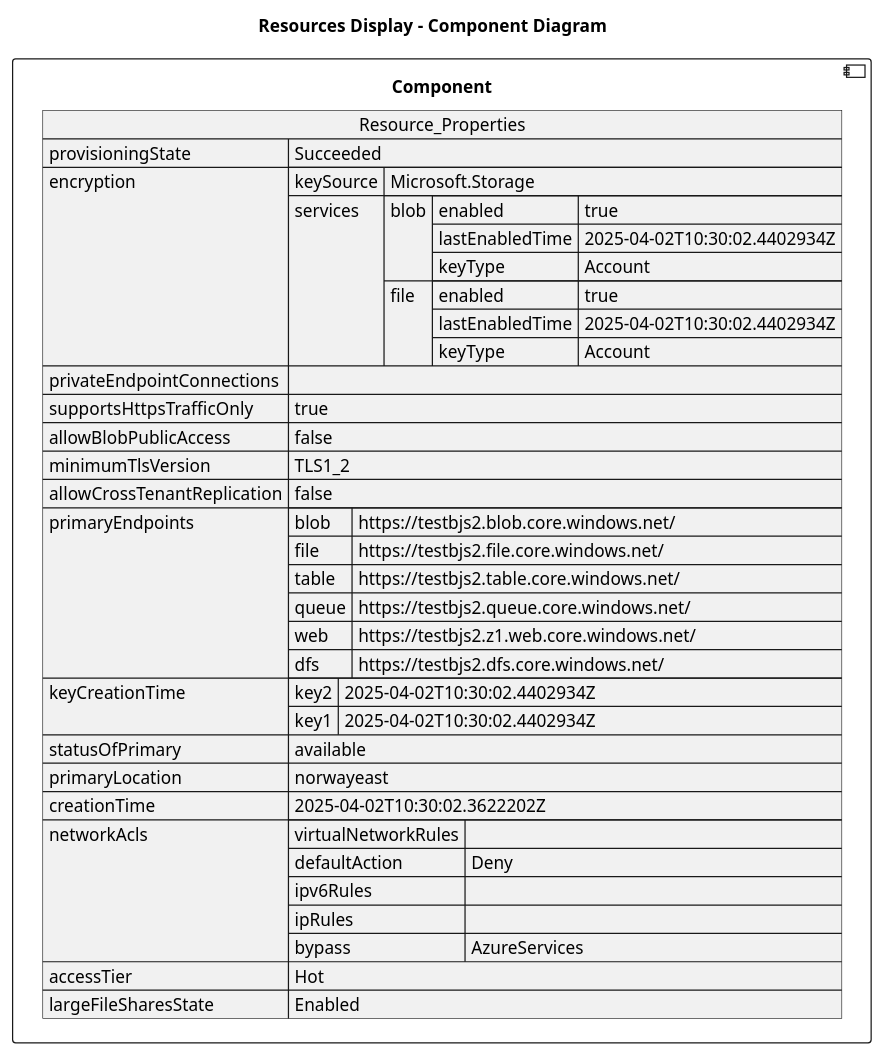
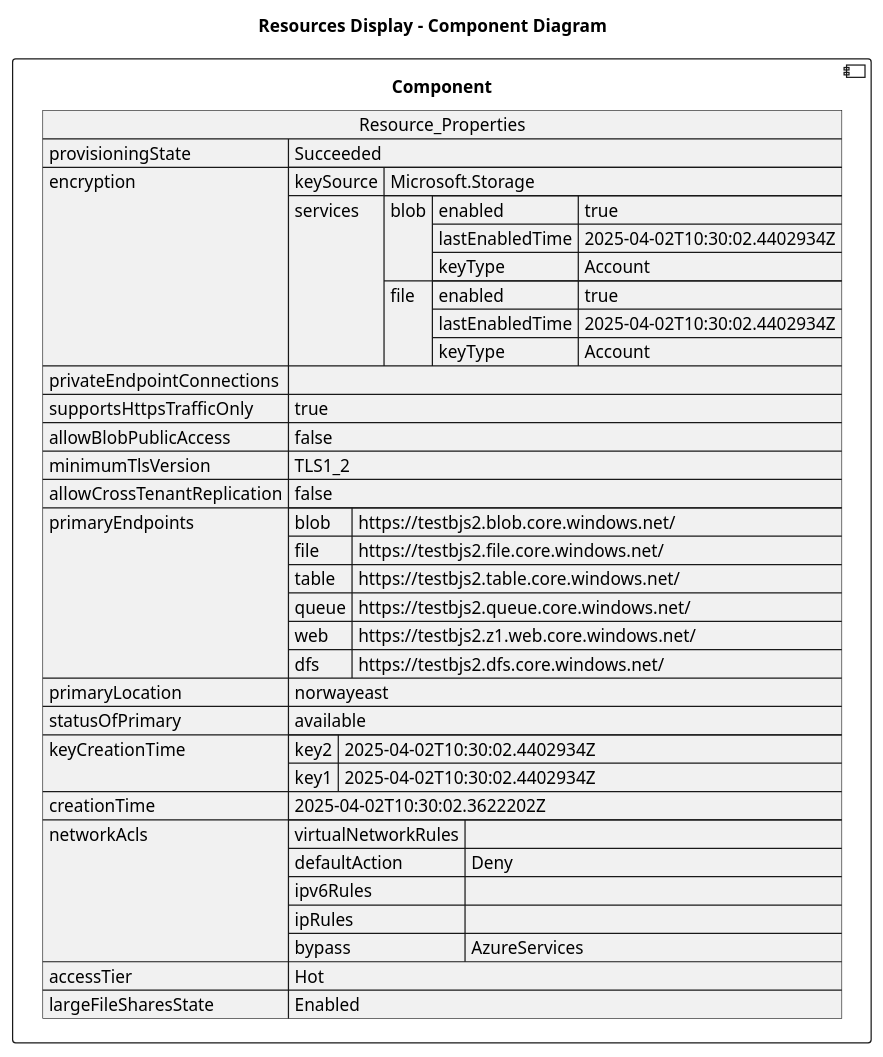
The diagram in architectureDesign/PUML/rg-bjornjorgen_Resources/testbjs2.puml (DanielAmpong/Test-Azure-architecture-diagram), drawn with PlantUML before and after one commit. The commit also changed other lines of this file and 880 other files, not shown here.

```diff
--- a/architectureDesign/PUML/rg-bjornjorgen_Resources/testbjs2.puml
+++ b/architectureDesign/PUML/rg-bjornjorgen_Resources/testbjs2.puml
@@ -1,55 +1,55 @@
 @startuml
 
 title Resources Display - Component Diagram
 
 component Component {
 
 json  Resource_Properties {
   "provisioningState": "Succeeded",
   "encryption": {
     "keySource": "Microsoft.Storage",
     "services": {
       "blob": {
         "enabled": true,
         "lastEnabledTime": "2025-04-02T10:30:02.4402934Z",
         "keyType": "Account"
       },
       "file": {
         "enabled": true,
         "lastEnabledTime": "2025-04-02T10:30:02.4402934Z",
         "keyType": "Account"
       }
     }
   },
   "privateEndpointConnections": [],
   "supportsHttpsTrafficOnly": true,
   "allowBlobPublicAccess": false,
   "minimumTlsVersion": "TLS1_2",
   "allowCrossTenantReplication": false,
   "primaryEndpoints": {
     "blob": "https://testbjs2.blob.core.windows.net/",
     "file": "https://testbjs2.file.core.windows.net/",
     "table": "https://testbjs2.table.core.windows.net/",
     "queue": "https://testbjs2.queue.core.windows.net/",
     "web": "https://testbjs2.z1.web.core.windows.net/",
     "dfs": "https://testbjs2.dfs.core.windows.net/"
   },
+  "primaryLocation": "norwayeast",
+  "statusOfPrimary": "available",
   "keyCreationTime": {
     "key2": "2025-04-02T10:30:02.4402934Z",
     "key1": "2025-04-02T10:30:02.4402934Z"
   },
-  "statusOfPrimary": "available",
-  "primaryLocation": "norwayeast",
   "creationTime": "2025-04-02T10:30:02.3622202Z",
   "networkAcls": {
     "virtualNetworkRules": [],
     "defaultAction": "Deny",
     "ipv6Rules": [],
     "ipRules": [],
     "bypass": "AzureServices"
   },
   "accessTier": "Hot",
   "largeFileSharesState": "Enabled"
 }
 }
 @enduml
```
